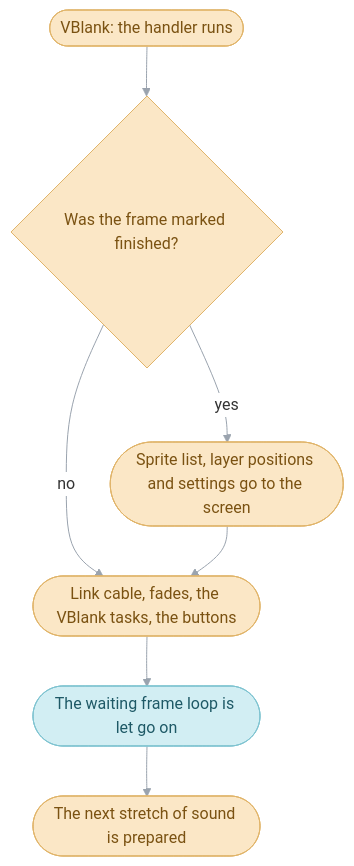
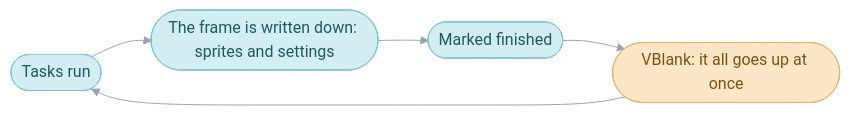
One commit to PascalPixel/alchemy changed the diagram in games/tbs/src/system/README.md. Above: the diagram before and after it, drawn with Mermaid. The commit also changed other lines of this file and 3 other files, not shown here.

First line of the commit message:
📖 System code, The Game Pak, Graphics: one step closer than the System page

````diff
--- a/games/tbs/src/system/README.md
+++ b/games/tbs/src/system/README.md
@@ -337,14 +50,12 @@
 ```mermaid
 %%{init: {"theme": "base", "themeVariables": {"lineColor": "#9AA3AE", "edgeLabelBackground": "#FFFFFF"}, "flowchart": {"curve": "basis", "padding": 12}}}%%
-flowchart TD
-  vblank(["VBlank: the handler runs"]) --> done{"Was the frame marked finished?"}
-  done -- "yes" --> copy(["Sprite list, layer positions and settings go to the screen"])
-  done -- "no" --> always(["Link cable, fades, the VBlank tasks, the buttons"])
-  copy --> always
-  always --> go(["The waiting frame loop is let go on"])
-  go --> sound(["The next stretch of sound is prepared"])
+flowchart LR
+  tasks(["Tasks run"]) --> list(["The frame is written down: sprites and settings"])
+  list --> done(["Marked finished"])
+  done --> vblank(["VBlank: it all goes up at once"])
+  vblank --> tasks
+  classDef frame fill:#D2EEF3,stroke:#7FC3D0,color:#1E5966
   classDef hardware fill:#FBE7C6,stroke:#E0B46A,color:#7A5212
-  classDef frame fill:#D2EEF3,stroke:#7FC3D0,color:#1E5966
-  class vblank,done,copy,always,sound hardware
-  class go frame
+  class tasks,list,done frame
+  class vblank hardware
 ```
````
